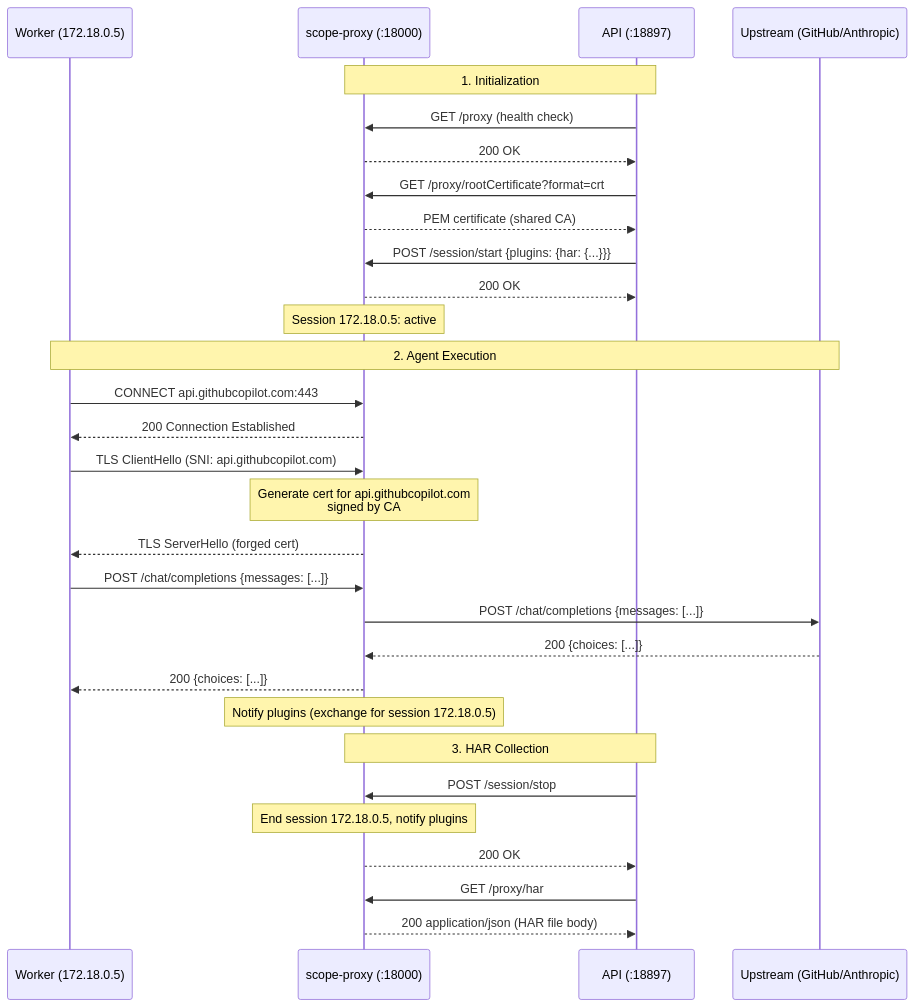
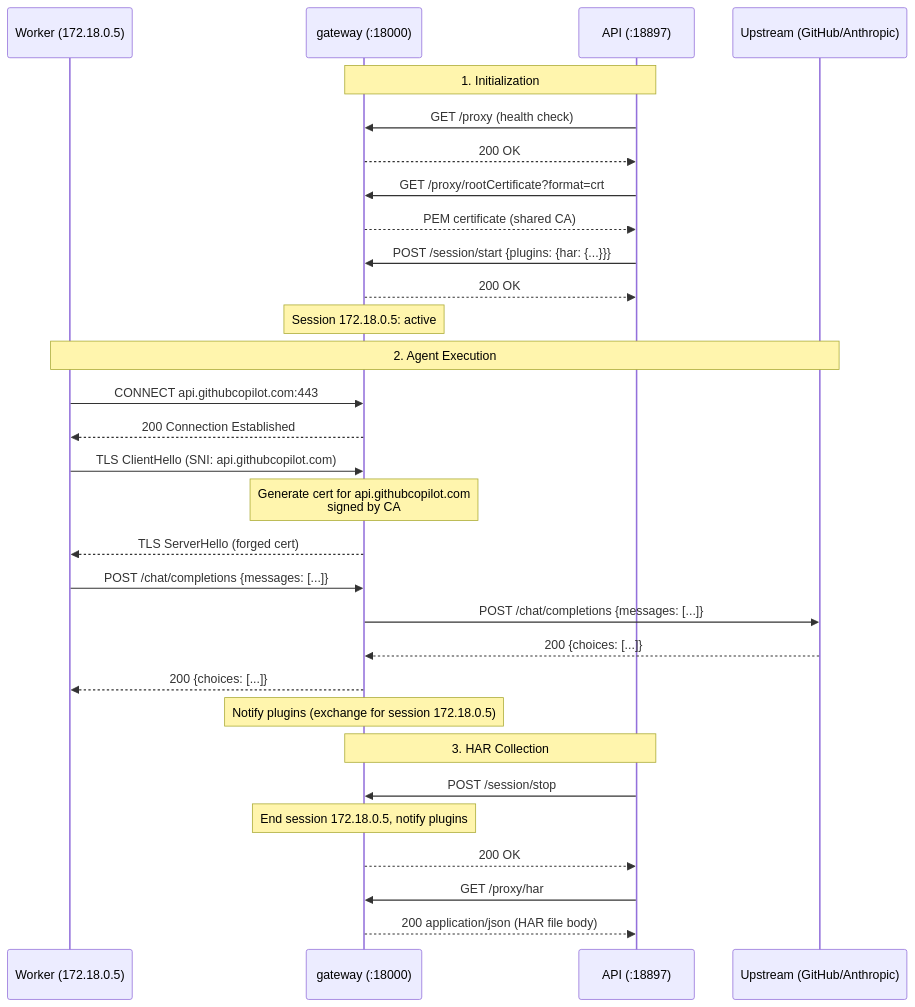
Before and after one commit to Gile987/scope: the second of 4 diagrams in docs/design/rust-tls-proxy.md, drawn with Mermaid. The commit also changed other lines of this file, not shown here.

Commit message:
docs: rename project from scope-proxy to gateway (apps/gateway/)

````diff
--- a/docs/design/rust-tls-proxy.md
+++ b/docs/design/rust-tls-proxy.md
@@ -82,35 +82,35 @@
 ```mermaid
 sequenceDiagram
     participant W as Worker (172.18.0.5)
-    participant P as scope-proxy (:18000)
+    participant P as gateway (:18000)
     participant A as API (:18897)
     participant U as Upstream (GitHub/Anthropic)
 
     Note over A,P: 1. Initialization
     A->>P: GET /proxy (health check)
     P-->>A: 200 OK
     A->>P: GET /proxy/rootCertificate?format=crt
     P-->>A: PEM certificate (shared CA)
     A->>P: POST /session/start {plugins: {har: {...}}}
     P-->>A: 200 OK
     Note over P: Session 172.18.0.5: active
 
     Note over W,U: 2. Agent Execution
     W->>P: CONNECT api.githubcopilot.com:443
     P-->>W: 200 Connection Established
     W->>P: TLS ClientHello (SNI: api.githubcopilot.com)
     Note over P: Generate cert for api.githubcopilot.com<br/>signed by CA
     P-->>W: TLS ServerHello (forged cert)
     W->>P: POST /chat/completions {messages: [...]}
     P->>U: POST /chat/completions {messages: [...]}
     U-->>P: 200 {choices: [...]}
     P-->>W: 200 {choices: [...]}
     Note over P: Notify plugins (exchange for session 172.18.0.5)
 
     Note over A,P: 3. HAR Collection
     A->>P: POST /session/stop
     Note over P: End session 172.18.0.5, notify plugins
     P-->>A: 200 OK
     A->>P: GET /proxy/har
     P-->>A: 200 application/json (HAR file body)
 ```
````
